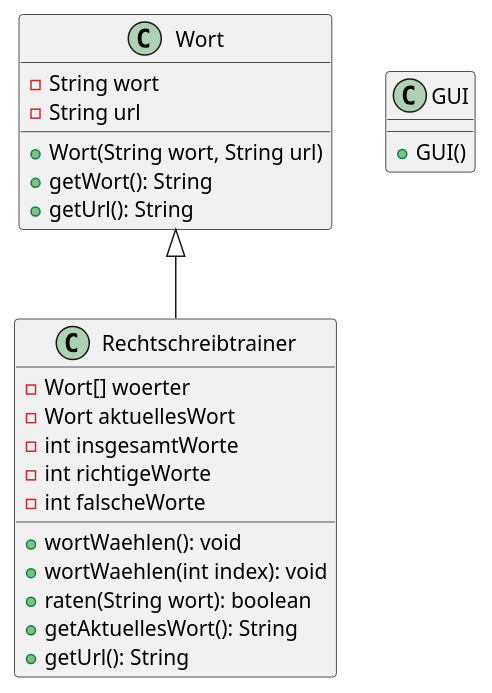
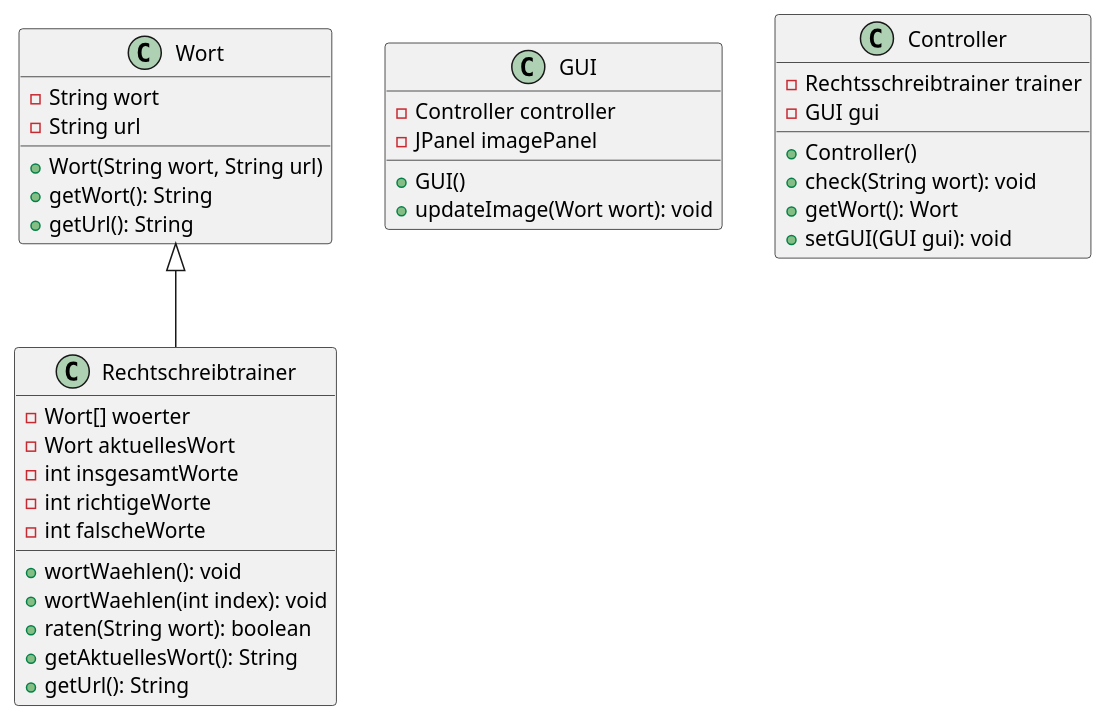
The diagram in app/uml/UML.puml (TGM-HIT/sew9-2324-worttrainer-jdoppelhofer), drawn with PlantUML before and after one commit. The commit also changed 1 other file, not shown here.

Commit message:
UML Controller Klasse

```diff
--- a/app/uml/UML.puml
+++ b/app/uml/UML.puml
@@ -1,29 +1,41 @@
 @startuml
 
 Wort <|-- Rechtschreibtrainer
 
 class Wort {
     -String wort
     -String url
     +Wort(String wort, String url)
     +getWort(): String
     +getUrl(): String
 }
 
 class Rechtschreibtrainer {
     -Wort[] woerter
     -Wort aktuellesWort
     -int insgesamtWorte
     -int richtigeWorte
     -int falscheWorte
     +wortWaehlen(): void
     +wortWaehlen(int index): void
     +raten(String wort): boolean
     +getAktuellesWort(): String
     +getUrl(): String
 }
 
 class GUI {
+    -Controller controller
+    -JPanel imagePanel
     +GUI()
+    +updateImage(Wort wort): void
+}
+
+class Controller {
+    -Rechtsschreibtrainer trainer
+    -GUI gui
+    +Controller()
+    +check(String wort): void
+    +getWort(): Wort
+    +setGUI(GUI gui): void
 }
 @enduml
```
